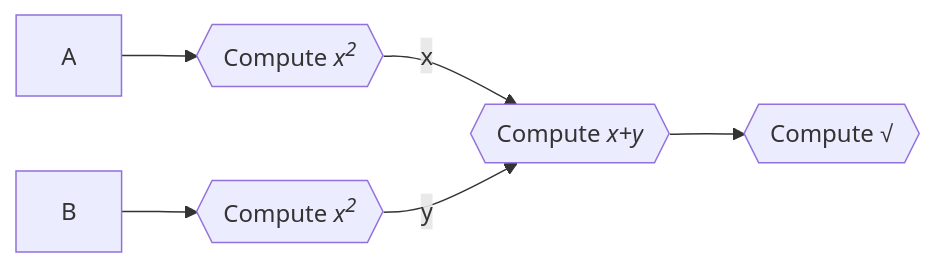
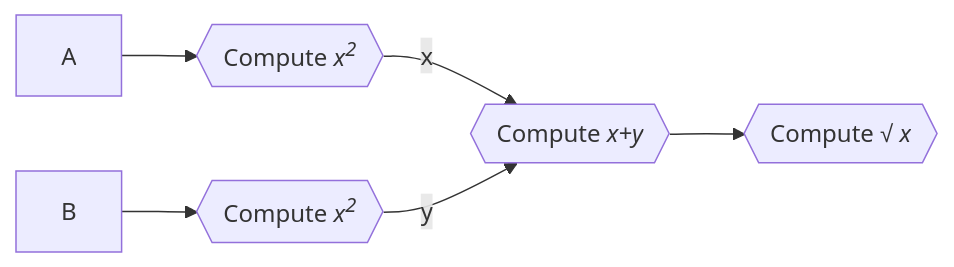
The first of 4 diagrams in README.md (uralian/pythoid), drawn with Mermaid before and after one commit. The commit also changed other lines of this file, not shown here.

````diff
--- a/README.md
+++ b/README.md
@@ -11,9 +11,9 @@
 ```mermaid
 flowchart LR
   A --> SQ1{{Compute <i>x<sup>2</sup></i>}}
   B --> SQ2{{Compute <i>x<sup>2</sup></i>}}
   SUM{{Compute <i>x+y</i>}}
   SQ1 -->|x| SUM
   SQ2 -->|y| SUM
-  SUM --> SQRT{{"Compute #radic;"}}
+  SUM --> SQRT{{"Compute #radic; <i>x</i>"}}
 ```
````
